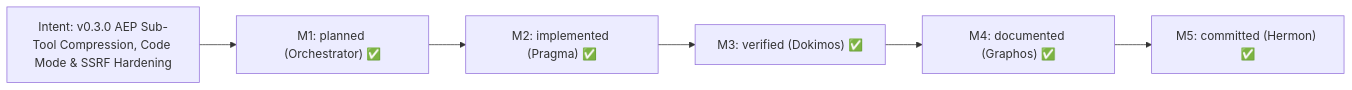
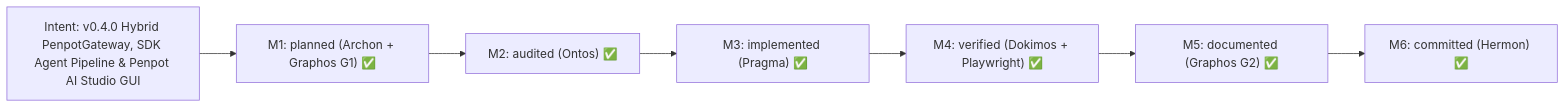
The first of 2 diagrams in README.md (ancrz/penpot-mcp-server), drawn with Mermaid before and after one commit. The commit also changed other lines of this file and 25 other files, not shown here.

Commit message:
feat(gateway): integrate SDK agent pipeline, bidirectional plugin futures, and Penpot AI Studio GUI (v0.4.0)

````diff
--- a/README.md
+++ b/README.md
@@ -34,8 +34,9 @@
 ```mermaid
 flowchart LR
-    I["Intent: v0.3.0 AEP Sub-Tool Compression, Code Mode & SSRF Hardening"] --> M1["M1: planned (Orchestrator) ✅"]
-    M1 --> M2["M2: implemented (Pragma) ✅"]
-    M2 --> M3["M3: verified (Dokimos) ✅"]
-    M3 --> M4["M4: documented (Graphos) ✅"]
-    M4 --> M5["M5: committed (Hermon) ✅"]
+    I["Intent: v0.4.0 Hybrid PenpotGateway, SDK Agent Pipeline & Penpot AI Studio GUI"] --> M1["M1: planned (Archon + Graphos G1) ✅"]
+    M1 --> M2["M2: audited (Ontos) ✅"]
+    M2 --> M3["M3: implemented (Pragma) ✅"]
+    M3 --> M4["M4: verified (Dokimos + Playwright) ✅"]
+    M4 --> M5["M5: documented (Graphos G2) ✅"]
+    M5 --> M6["M6: committed (Hermon) ✅"]
 ```
````
